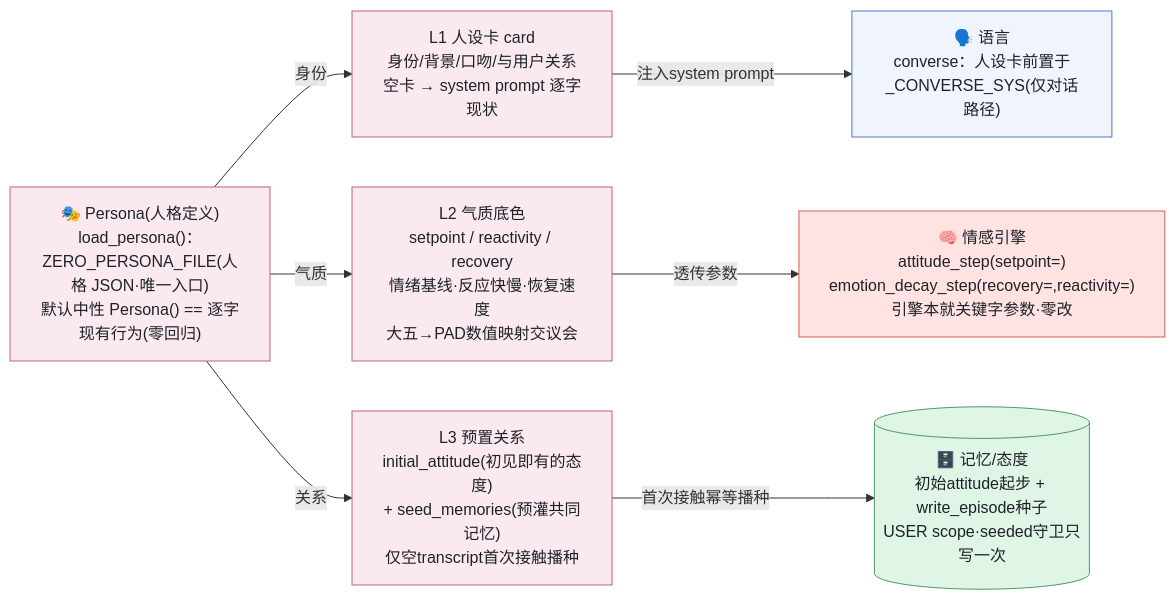
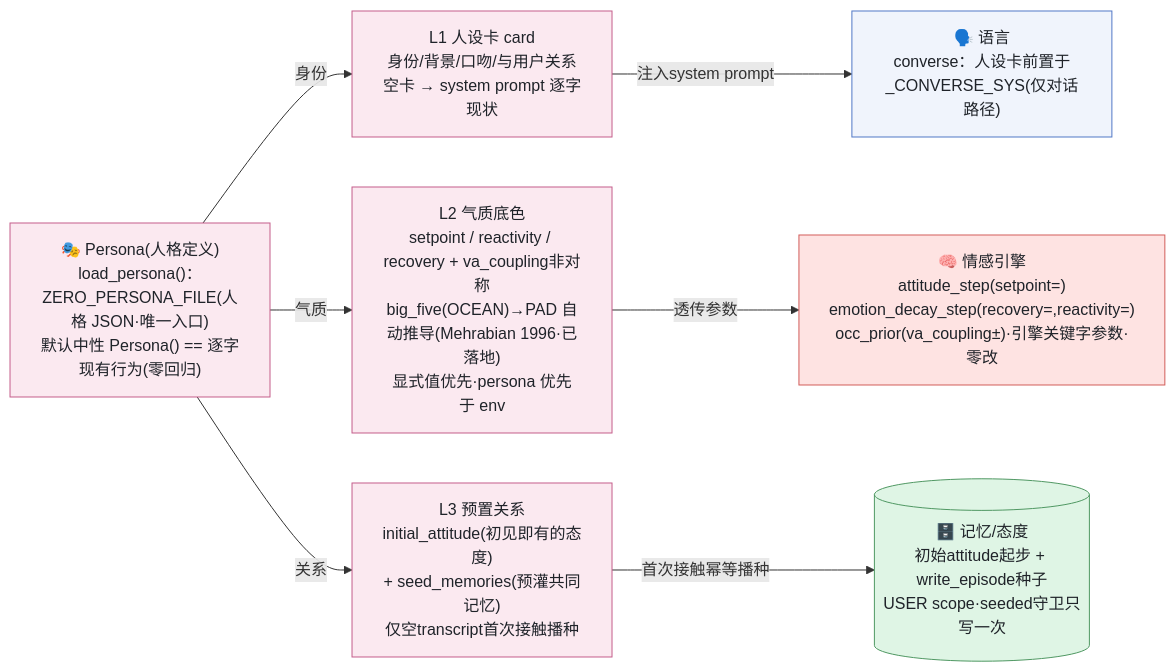
Before and after one commit to WizardHeHeJun/Zero: the diagram in docs/v2/persona-injection.mmd, drawn with Mermaid. The commit also changed 18 other files, not shown here.

First line of the commit message:
docs(readme+figures): 对外文档全面同步——README 深核 + .env.example 回归注释态 + 架构图集 4→8 张

```diff
--- a/docs/v2/persona-injection.mmd
+++ b/docs/v2/persona-injection.mmd
@@ -1,20 +1,20 @@
 flowchart LR
   persona["🎭 Persona(人格定义)<br/>load_persona()：ZERO_PERSONA_FILE(人格 JSON·唯一入口)<br/>默认中性 Persona() == 逐字现有行为(零回归)"]:::persona
   l1["L1 人设卡 card<br/>身份/背景/口吻/与用户关系<br/>空卡 → system prompt 逐字现状"]:::persona
-  l2["L2 气质底色<br/>setpoint / reactivity / recovery<br/>情绪基线·反应快慢·恢复速度<br/>大五→PAD数值映射交议会"]:::persona
+  l2["L2 气质底色<br/>setpoint / reactivity / recovery + va_coupling非对称<br/>big_five(OCEAN)→PAD 自动推导(Mehrabian 1996·已落地)<br/>显式值优先·persona 优先于 env"]:::persona
   l3["L3 预置关系<br/>initial_attitude(初见即有的态度)<br/>+ seed_memories(预灌共同记忆)<br/>仅空transcript首次接触播种"]:::persona
   lang["🗣️ 语言<br/>converse：人设卡前置于_CONVERSE_SYS(仅对话路径)"]:::language
-  engine["🧠 情感引擎<br/>attitude_step(setpoint=)<br/>emotion_decay_step(recovery=,reactivity=)<br/>引擎本就关键字参数·零改"]:::engine
+  engine["🧠 情感引擎<br/>attitude_step(setpoint=)<br/>emotion_decay_step(recovery=,reactivity=)<br/>occ_prior(va_coupling±)·引擎关键字参数·零改"]:::engine
   mem[("🗄️ 记忆/态度<br/>初始attitude起步 + write_episode种子<br/>USER scope·seeded守卫只写一次")]:::memory
 
   persona -->|"身份"| l1
   persona -->|"气质"| l2
   persona -->|"关系"| l3
   l1 -->|"注入system prompt"| lang
   l2 -->|"透传参数"| engine
   l3 -->|"首次接触幂等播种"| mem
 
   classDef persona fill:#FBE9F0,stroke:#C45D8B,color:#1F2329
   classDef language fill:#F0F4FC,stroke:#5178C6,color:#1F2329
   classDef engine fill:#FEE3E2,stroke:#D25D5A,color:#1F2329
   classDef memory fill:#DFF5E5,stroke:#509863,color:#1F2329
```
